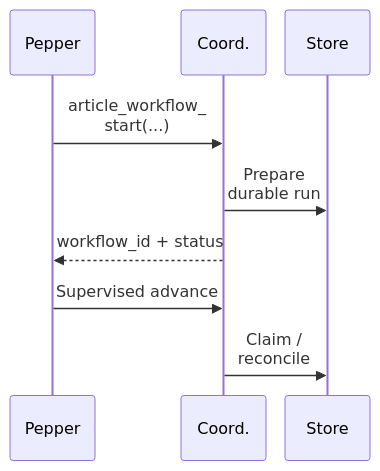
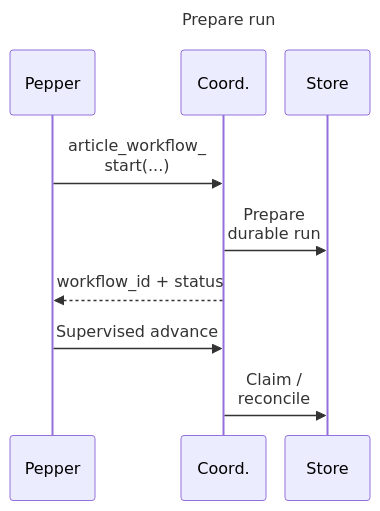
One commit to kartikhth-byte/AI-Workforce-Showcase changed the first of 3 diagrams in docs/walkthrough.md. Above: the diagram before and after it, drawn with Mermaid. The commit also changed other lines of this file, not shown here.

Commit message:
Label sequence panels and separate actors from toolbar

````diff
--- a/docs/walkthrough.md
+++ b/docs/walkthrough.md
@@ -13,22 +13,23 @@
 ```mermaid
 ---
 config:
   sequence:
     width: 85
     actorMargin: 12
     diagramMarginX: 4
     diagramMarginY: 40
     messageMargin: 28
     wrap: true
     bottomMarginAdj: 150
 ---
 sequenceDiagram
+    title Prepare run
     participant P as Pepper
     participant C as Coord.
     participant S as Store
     P->>C: article_workflow_<br/>start(...)
     C->>S: Prepare durable run
     C-->>P: workflow_id + status
     P->>C: Supervised advance
     C->>S: Claim / reconcile
 ```
````
